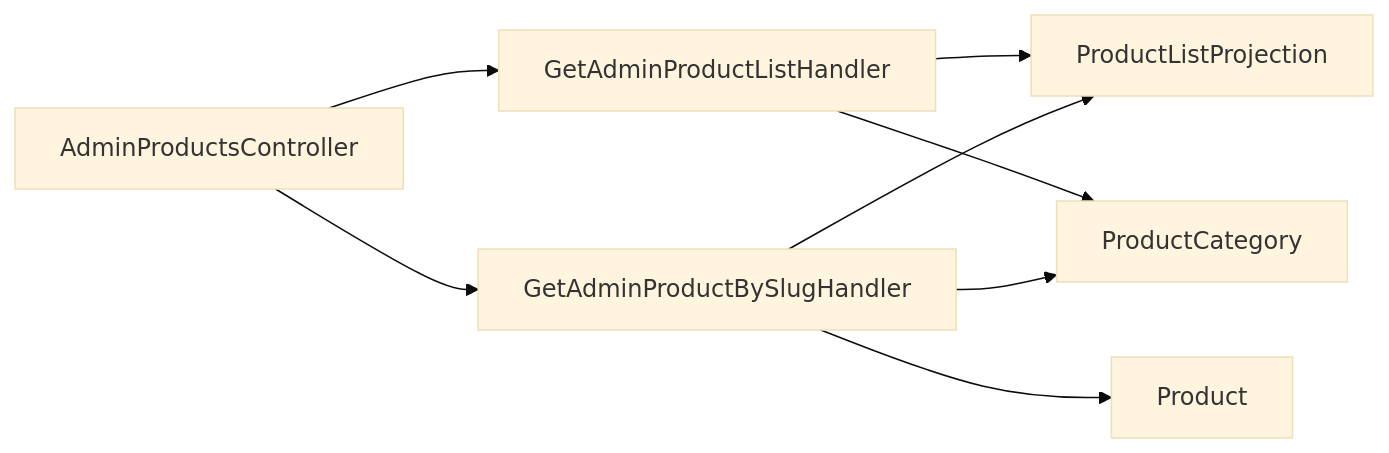
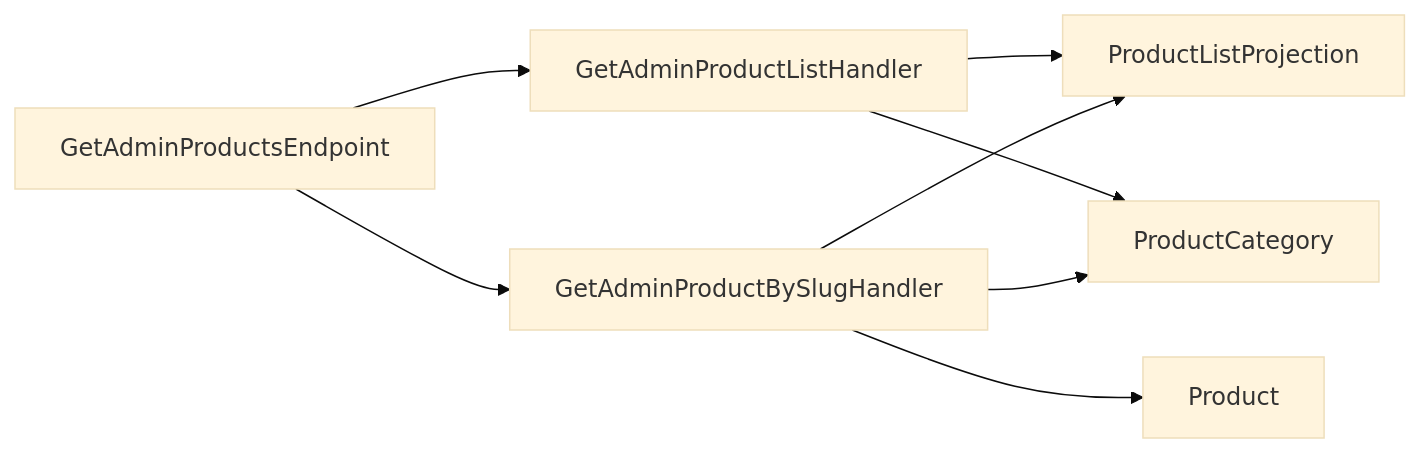
Before and after one commit to Weretik/KedrStore: the diagram in docs/sdd/features/catalog/admin-products.md, drawn with Mermaid (base theme). The commit also changed other lines of this file and 105 other files, not shown here.

````diff
--- a/docs/sdd/features/catalog/admin-products.md
+++ b/docs/sdd/features/catalog/admin-products.md
@@ -34,10 +34,10 @@
 ```mermaid
 flowchart LR
-    A["AdminProductsController"] --> B["GetAdminProductListHandler"]
+    A["GetAdminProductsEndpoint"] --> B["GetAdminProductListHandler"]
     A --> G["GetAdminProductBySlugHandler"]
     B --> D["ProductListProjection"]
     B --> H["ProductCategory"]
     G --> D
     G --> E["Product"]
     G --> H["ProductCategory"]
 ```
````
